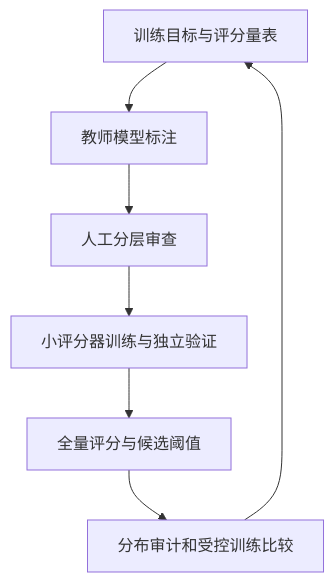
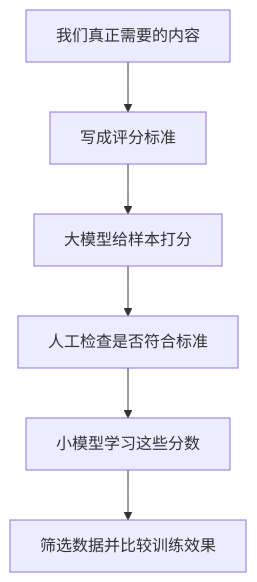
The diagram in src/content/posts/2026-10-15-llm-training-data-03-quality.md (meiluosi/meiluosi.github.io), drawn with Mermaid before and after one commit. The commit also changed other lines of this file and 116 other files, not shown here.

Commit message:
docs: update roadmap and LLM training research series notes

````diff
--- a/src/content/posts/2026-10-15-llm-training-data-03-quality.md
+++ b/src/content/posts/2026-10-15-llm-training-data-03-quality.md
@@ -70,10 +85,9 @@
 ```mermaid
 %%{init: {"htmlLabels": false}}%%
 flowchart TD
-    A[训练目标与评分量表] --> B[教师模型标注]
-    B --> C[人工分层审查]
-    C --> D[小评分器训练与独立验证]
-    D --> E[全量评分与候选阈值]
-    E --> F[分布审计和受控训练比较]
-    F --> A
+    A[我们真正需要的内容] --> B[写成评分标准]
+    B --> C[大模型给样本打分]
+    C --> D[人工检查是否符合标准]
+    D --> E[小模型学习这些分数]
+    E --> F[筛选数据并比较训练效果]
 ```
````
